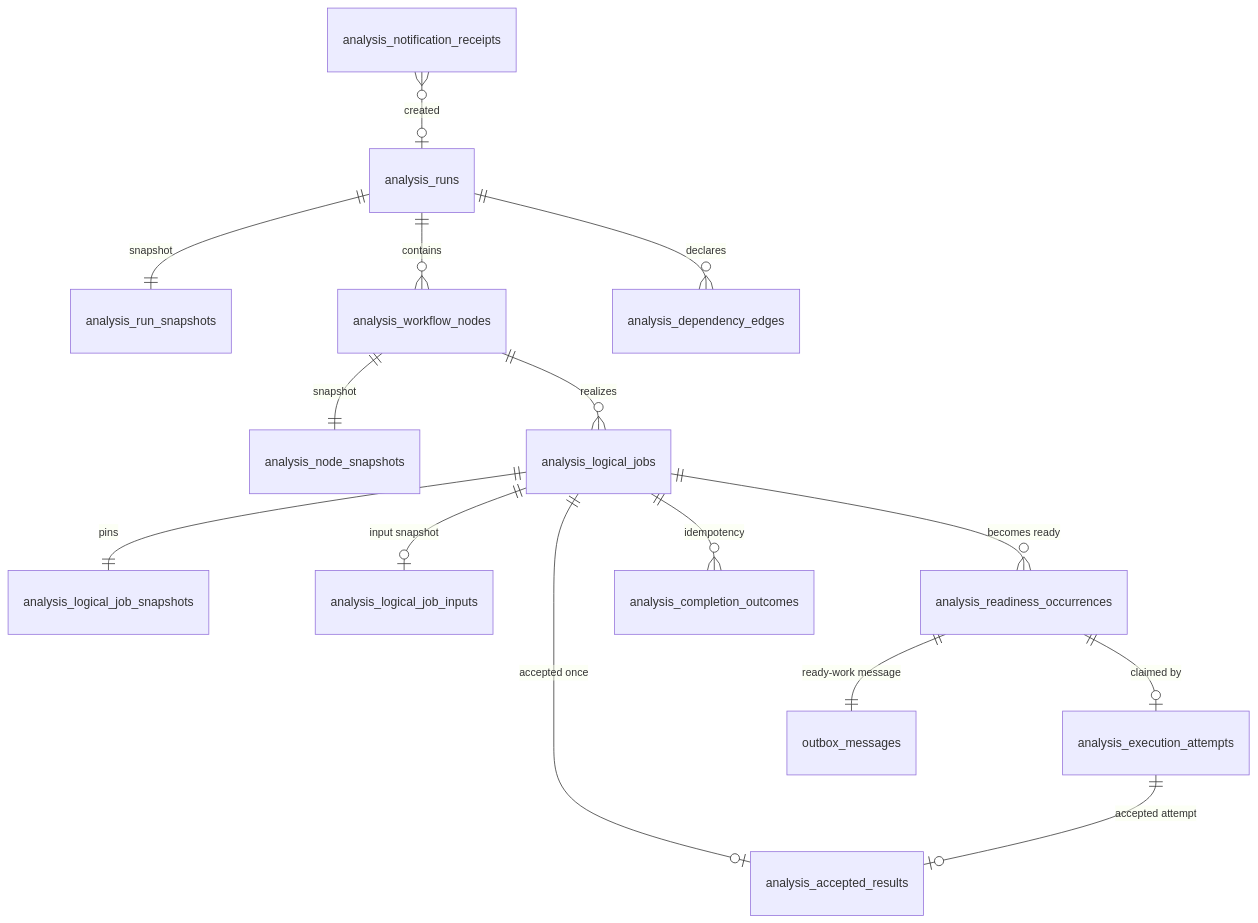
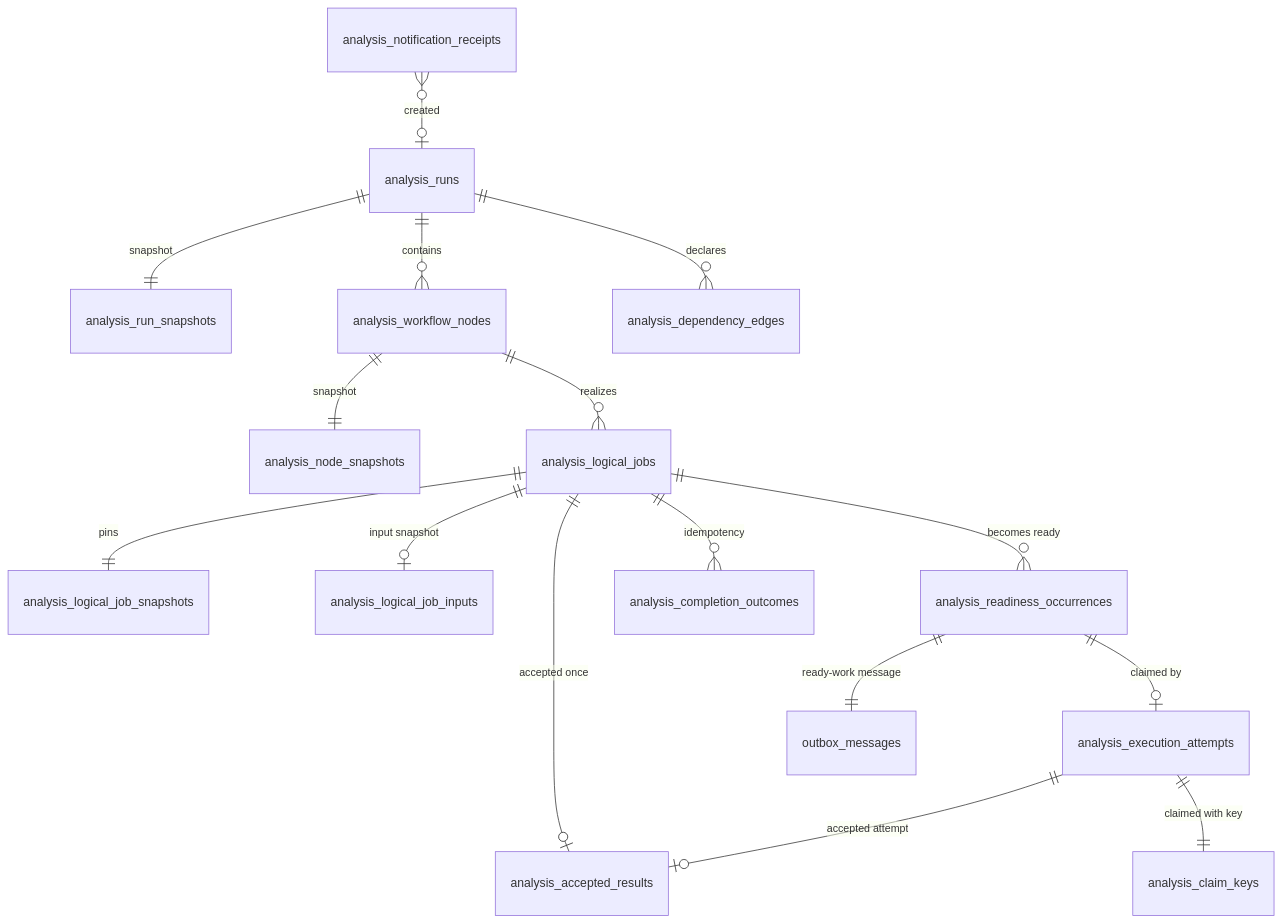
One commit to markusheiliger/socalytics changed the first of 6 diagrams in specs/20261005-130703-durable-analysis-workflow/data-model.md. Above: the diagram before and after it, drawn with Mermaid. The commit also changed other lines of this file and 44 other files, not shown here.

````diff
--- a/specs/20261005-130703-durable-analysis-workflow/data-model.md
+++ b/specs/20261005-130703-durable-analysis-workflow/data-model.md
@@ -231,17 +259,18 @@
 ```mermaid
 erDiagram
     analysis_runs ||--|| analysis_run_snapshots : snapshot
     analysis_runs ||--o{ analysis_workflow_nodes : contains
     analysis_workflow_nodes ||--|| analysis_node_snapshots : snapshot
     analysis_runs ||--o{ analysis_dependency_edges : declares
     analysis_workflow_nodes ||--o{ analysis_logical_jobs : realizes
     analysis_logical_jobs ||--|| analysis_logical_job_snapshots : pins
     analysis_logical_jobs ||--o| analysis_logical_job_inputs : "input snapshot"
     analysis_logical_jobs ||--o{ analysis_readiness_occurrences : "becomes ready"
     analysis_readiness_occurrences ||--o| analysis_execution_attempts : "claimed by"
     analysis_logical_jobs ||--o| analysis_accepted_results : "accepted once"
     analysis_execution_attempts ||--o| analysis_accepted_results : "accepted attempt"
     analysis_logical_jobs ||--o{ analysis_completion_outcomes : "idempotency"
+    analysis_execution_attempts ||--|| analysis_claim_keys : "claimed with key"
     analysis_readiness_occurrences ||--|| outbox_messages : "ready-work message"
     analysis_notification_receipts }o--o| analysis_runs : "created"
 ```
````
